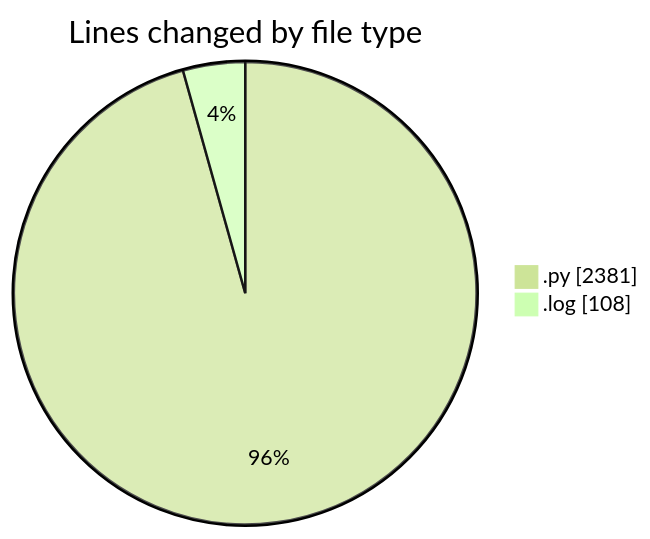
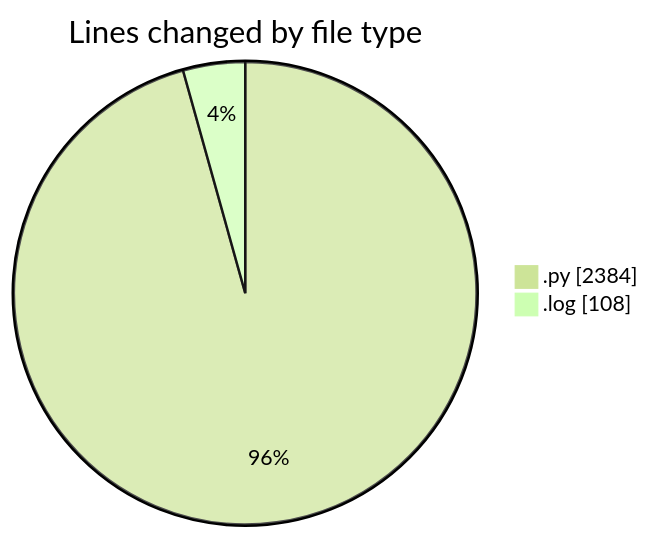
One commit to momahboobian/code-tracking changed the first of 2 diagrams in 2025-05-06/samplepdf/README.md. Above: the diagram before and after it, drawn with Mermaid (forest theme). The commit also changed other lines of this file and 1 other file, not shown here.

````diff
--- a/2025-05-06/samplepdf/README.md
+++ b/2025-05-06/samplepdf/README.md
@@ -41,6 +41,6 @@
 ```mermaid
 pie showData
 title Lines changed by file type
-".py" : 2381
+".py" : 2384
 ".log" : 108
 ```
````
